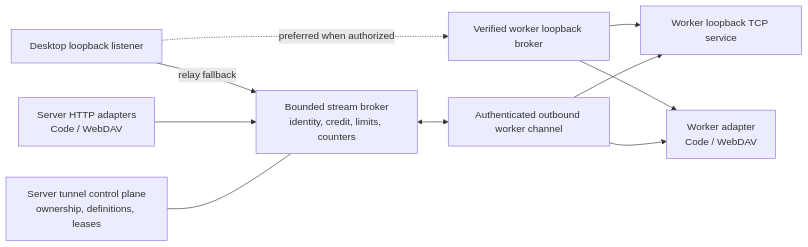
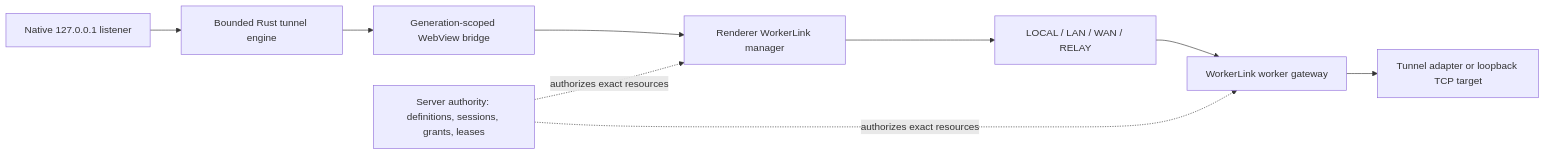
Before and after one commit to ArcaneArts/Cantrip: the diagram in docs/TUNNELS.md, drawn with Mermaid. The commit also changed other lines of this file and 47 other files, not shown here.

````diff
--- a/docs/TUNNELS.md
+++ b/docs/TUNNELS.md
@@ -73,21 +47,15 @@
 ```mermaid
 flowchart LR
-    LOCAL["Desktop loopback listener"]
-    DIRECT["Verified worker loopback broker"]
-    HTTP["Server HTTP adapters<br/>Code / WebDAV"]
-    CONTROL["Server tunnel control plane<br/>ownership, definitions, leases"]
-    BROKER["Bounded stream broker<br/>identity, credit, limits, counters"]
-    WORKER["Authenticated outbound worker channel"]
-    TCP["Worker loopback TCP service"]
-    ADAPTER["Worker adapter<br/>Code / WebDAV"]
+    LOCAL["Native 127.0.0.1 listener"]
+    RUST["Bounded Rust tunnel engine"]
+    BRIDGE["Generation-scoped WebView bridge"]
+    MANAGER["Renderer WorkerLink manager"]
+    CARRIERS["LOCAL / LAN / WAN / RELAY"]
+    GATEWAY["WorkerLink worker gateway"]
+    ADAPTER["Tunnel adapter or loopback TCP target"]
+    CONTROL["Server authority: definitions, sessions, grants, leases"]
 
-    LOCAL -. "preferred when authorized" .-> DIRECT
-    DIRECT --> TCP
-    DIRECT --> ADAPTER
-    LOCAL -->|"relay fallback"| BROKER
-    HTTP --> BROKER
-    CONTROL --- BROKER
-    BROKER <--> WORKER
-    WORKER --> TCP
-    WORKER --> ADAPTER
+    LOCAL --> RUST --> BRIDGE --> MANAGER --> CARRIERS --> GATEWAY --> ADAPTER
+    CONTROL -. "authorizes exact resources" .-> MANAGER
+    CONTROL -. "authorizes exact resources" .-> GATEWAY
 ```
````
